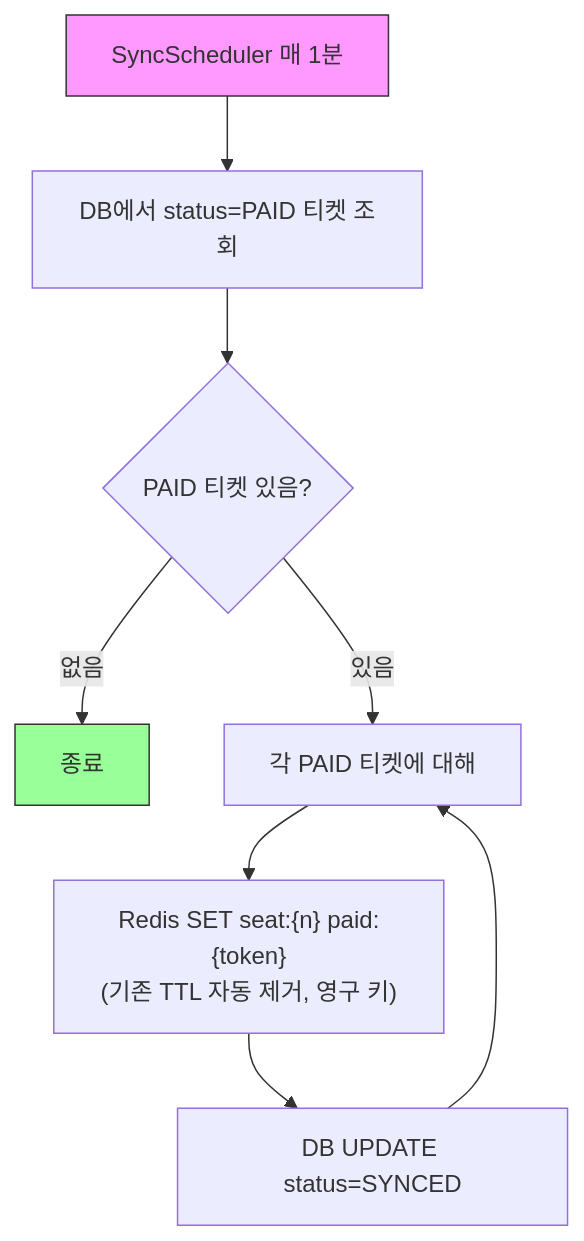
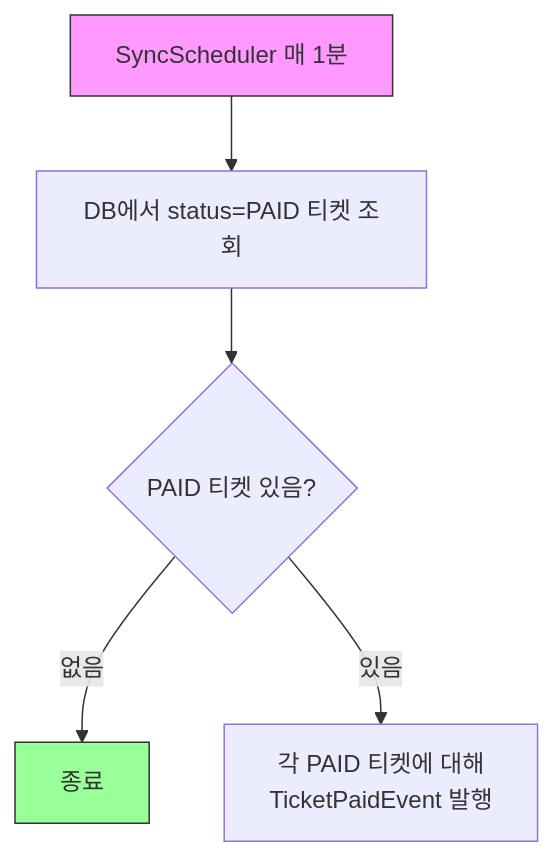
One commit to irnd04/zticket changed the eighth of 8 diagrams in README.md. Above: the diagram before and after it, drawn with Mermaid. The commit also changed other lines of this file, not shown here.

First line of the commit message:
docs: README 구매 플로우를 3단계 구조로 재구성

````diff
--- a/README.md
+++ b/README.md
@@ -226,13 +239,10 @@
 ```mermaid
 flowchart TD
     A[SyncScheduler 매 1분] --> B[DB에서 status=PAID 티켓 조회]
     B --> C{PAID 티켓 있음?}
     C -- 없음 --> END[종료]
-    C -- 있음 --> D[각 PAID 티켓에 대해]
-    D --> E["Redis SET seat:{n} paid:{token}<br/>(기존 TTL 자동 제거, 영구 키)"]
-    E --> F[DB UPDATE status=SYNCED]
-    F --> D
+    C -- 있음 --> D["각 PAID 티켓에 대해<br/>TicketPaidEvent 발행"]
 
     style A fill:#f9f,stroke:#333
     style END fill:#9f9,stroke:#333
 ```
````
